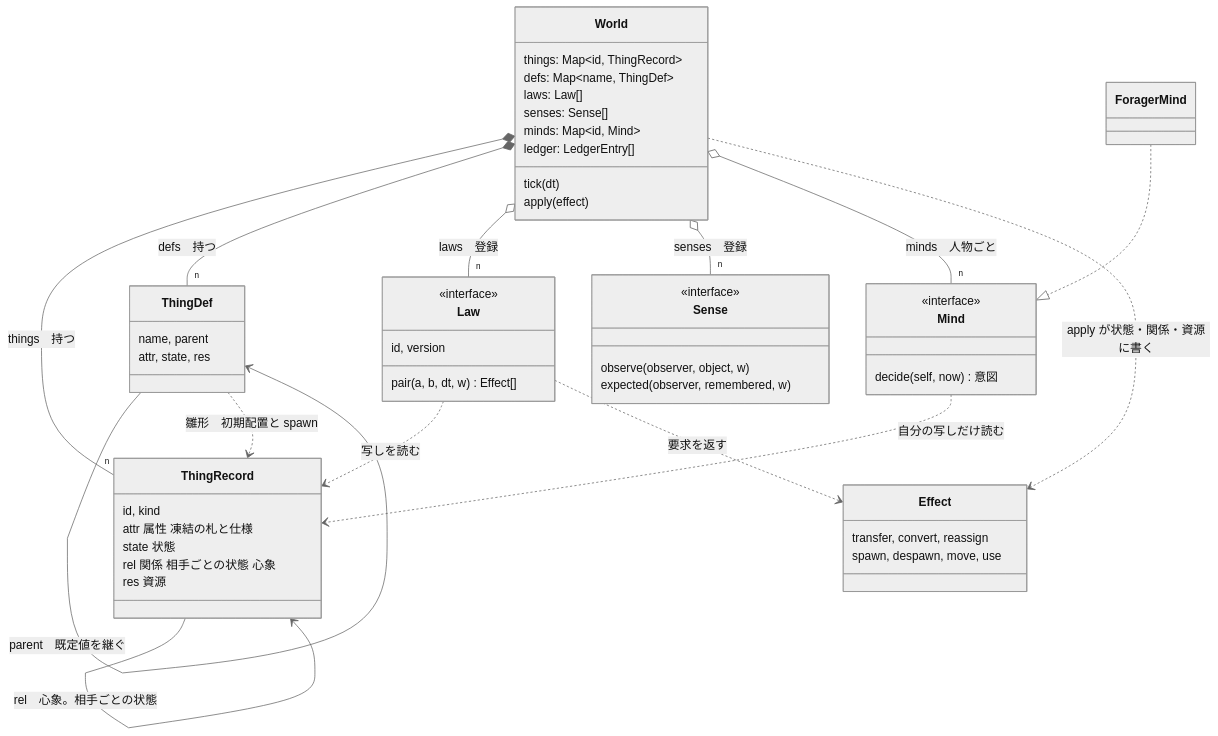
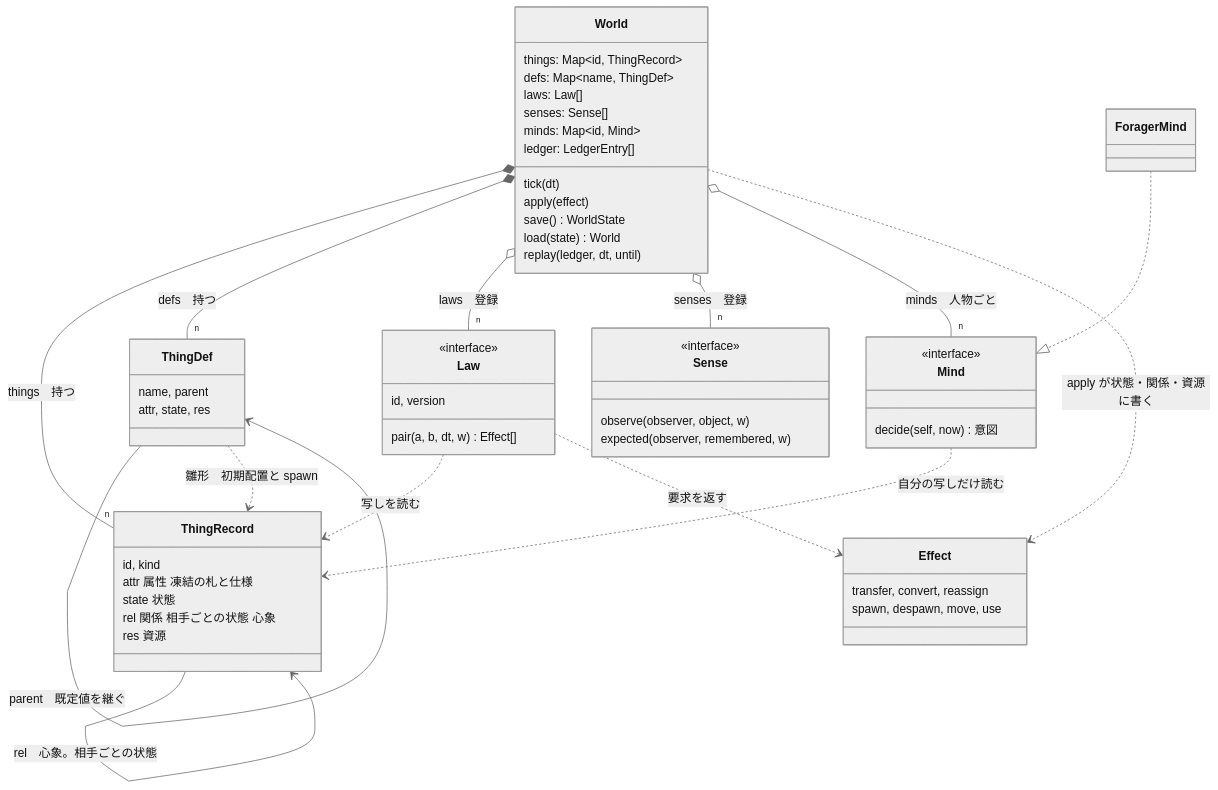
The diagram in docs/figures/src/design-fig5-class.mmd (demerzel09/Medieval-Simulator), drawn with Mermaid (neutral theme) before and after one commit. The commit also changed 16 other files, not shown here.

```diff
--- a/docs/figures/src/design-fig5-class.mmd
+++ b/docs/figures/src/design-fig5-class.mmd
@@ -1,56 +1,59 @@
 classDiagram
   direction TB
   class World {
     things: Map~id, ThingRecord~
     defs: Map~name, ThingDef~
     laws: Law[]
     senses: Sense[]
     minds: Map~id, Mind~
     ledger: LedgerEntry[]
     tick(dt)
     apply(effect)
+    save() WorldState
+    load(state) World
+    replay(ledger, dt, until)
   }
   class ThingRecord {
     id, kind
     attr 属性 凍結の札と仕様
     state 状態
     rel 関係 相手ごとの状態 心象
     res 資源
   }
   class ThingDef {
     name, parent
     attr, state, res
   }
   class Law {
     <<interface>>
     id, version
     pair(a, b, dt, w) Effect[]
   }
   class Sense {
     <<interface>>
     observe(observer, object, w)
     expected(observer, remembered, w)
   }
   class Mind {
     <<interface>>
     decide(self, now) 意図
   }
   class ForagerMind
   class Effect {
     transfer, convert, reassign
     spawn, despawn, move, use
   }
   World *-- "n" ThingRecord : things　持つ
   World *-- "n" ThingDef : defs　持つ
   World o-- "n" Law : laws　登録
   World o-- "n" Sense : senses　登録
   World o-- "n" Mind : minds　人物ごと
   ThingRecord --> ThingRecord : state.attachedTo　付属。実→木、実→人
   ThingRecord --> ThingRecord : rel　心象。相手ごとの状態
   ThingDef --> ThingDef : parent　既定値を継ぐ
   ThingDef ..> ThingRecord : 雛形　初期配置と spawn
   Law ..> ThingRecord : 写しを読む
   Law ..> Effect : 要求を返す
   World ..> Effect : apply が状態・関係・資源に書く
   Mind ..> ThingRecord : 自分の写しだけ読む
   ForagerMind ..|> Mind
```
